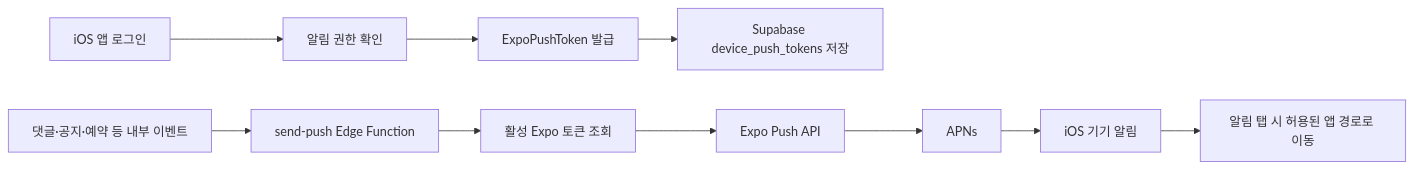
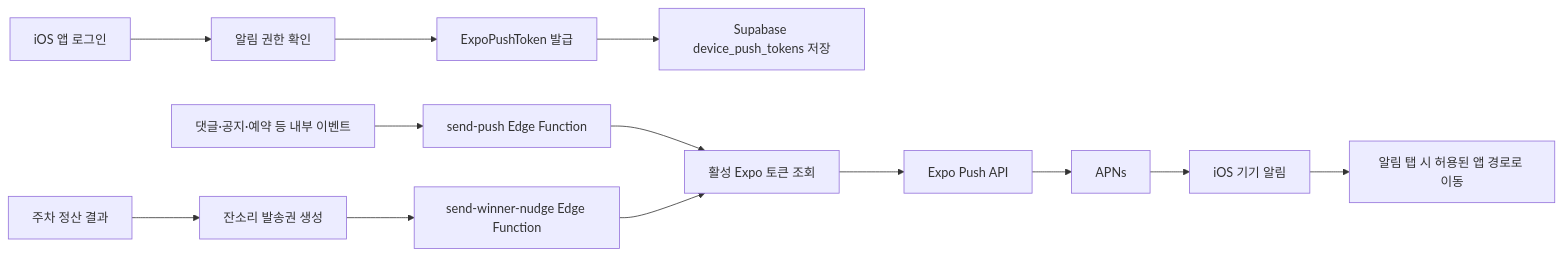
The first of 2 diagrams in docs/03-app-push.md (soundspeedskye/zaringovy), drawn with Mermaid before and after one commit. The commit also changed other lines of this file and 27 other files, not shown here.

````diff
--- a/docs/03-app-push.md
+++ b/docs/03-app-push.md
@@ -26,12 +29,15 @@
 ```mermaid
 flowchart LR
     A[iOS 앱 로그인] --> B[알림 권한 확인]
     B --> C[ExpoPushToken 발급]
     C --> D[Supabase device_push_tokens 저장]
     E[댓글·공지·예약 등 내부 이벤트] --> F[send-push Edge Function]
+    L[주차 정산 결과] --> M[잔소리 발송권 생성]
+    M --> N[send-winner-nudge Edge Function]
     F --> G[활성 Expo 토큰 조회]
     G --> H[Expo Push API]
     H --> I[APNs]
+    N --> G
     I --> J[iOS 기기 알림]
     J --> K[알림 탭 시 허용된 앱 경로로 이동]
 ```
````
